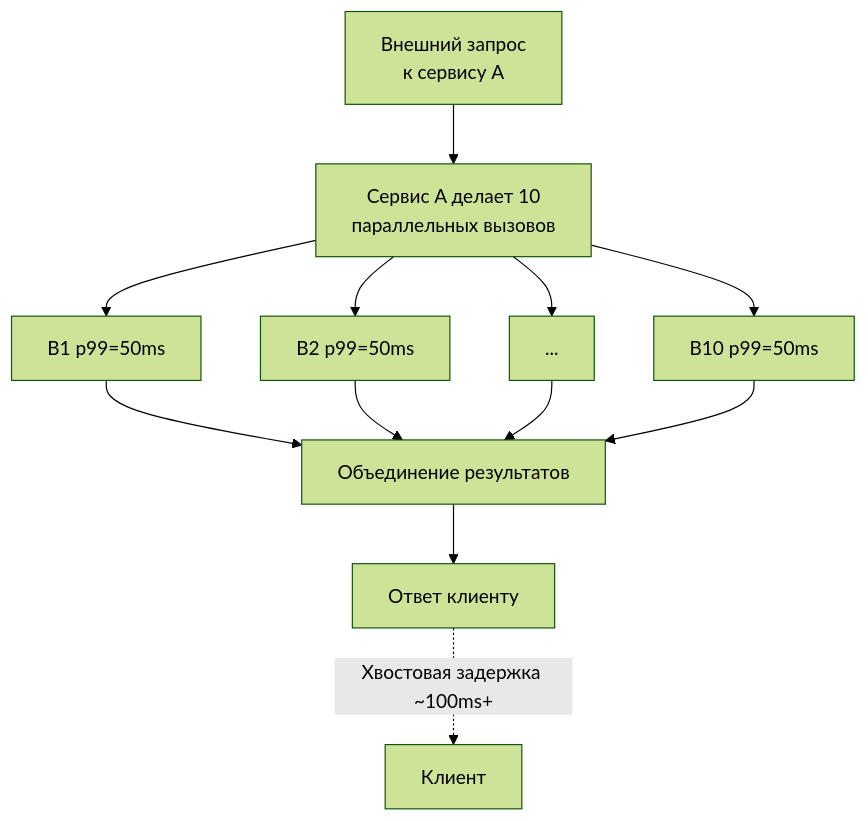
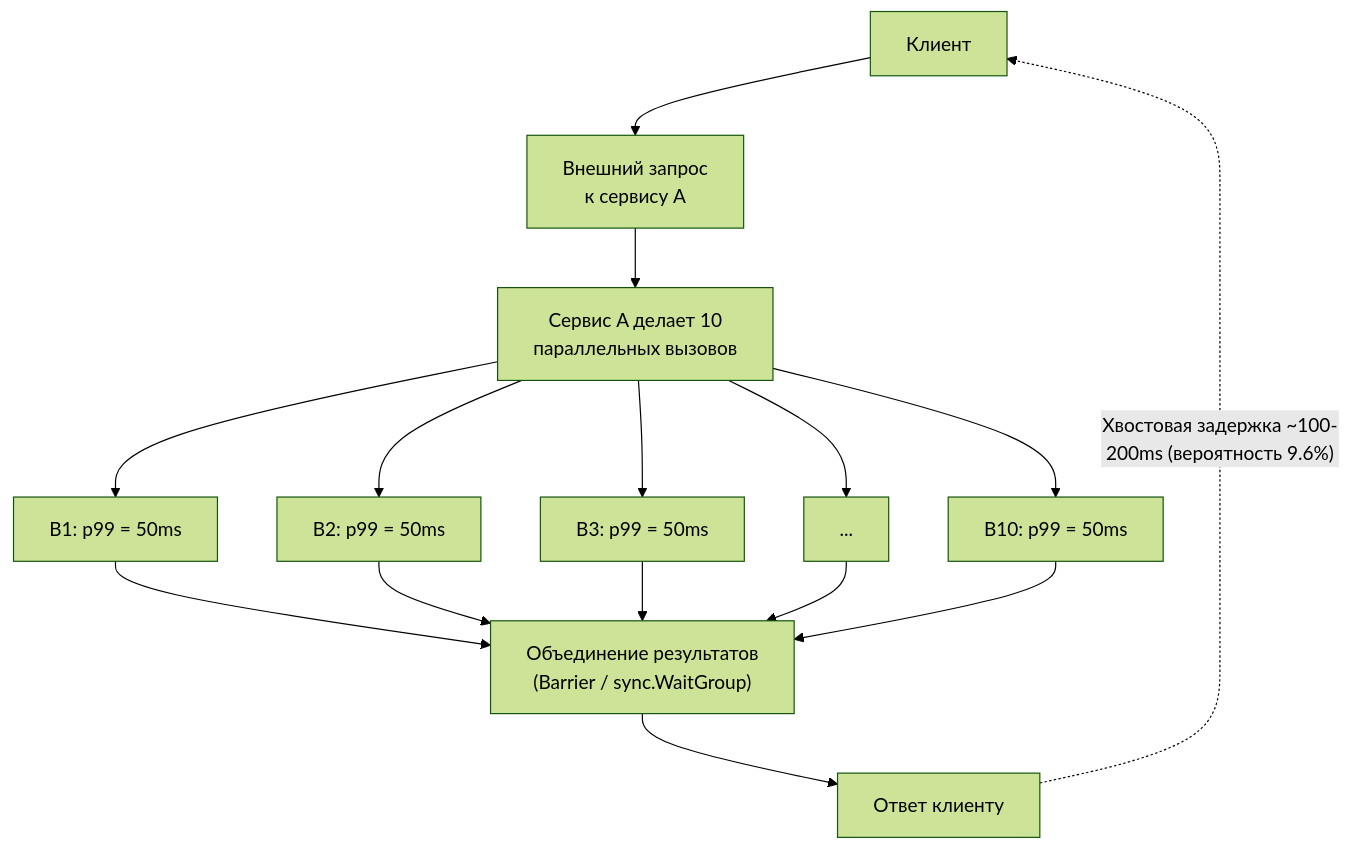
The diagram in sources/16. Профилирование, отладка и производительность/01. Фундамент/7. Tail latency и почему она важна.md (UnrealTemplier/go-textbook), drawn with Mermaid (forest theme) before and after one commit. The commit also changed other lines of this file, not shown here.

````diff
--- a/sources/16. Профилирование, отладка и производительность/01. Фундамент/7. Tail latency и почему она важна.md
+++ b/sources/16. Профилирование, отладка и производительность/01. Фундамент/7. Tail latency и почему она важна.md
@@ -18,14 +38,20 @@
 ```mermaid
 flowchart TD
-    Request["Внешний запрос<br>к сервису A"] --> FanOut["Сервис A делает 10<br>параллельных вызовов"]
-    FanOut --> B1["B1 p99=50ms"]
-    FanOut --> B2["B2 p99=50ms"]
-    FanOut --> B3["..."]
-    FanOut --> B10["B10 p99=50ms"]
-    B1 --> Merge["Объединение результатов"]
+    Client["Клиент"] --> Request["Внешний запрос<br>к сервису A"]
+    Request --> FanOut["Сервис A делает 10<br>параллельных вызовов"]
+    
+    FanOut --> B1["B1: p99 = 50ms"]
+    FanOut --> B2["B2: p99 = 50ms"]
+    FanOut --> B3["B3: p99 = 50ms"]
+    FanOut --> Bdots["..."]
+    FanOut --> B10["B10: p99 = 50ms"]
+    
+    B1 --> Merge["Объединение результатов<br>(Barrier / sync.WaitGroup)"]
     B2 --> Merge
     B3 --> Merge
+    Bdots --> Merge
     B10 --> Merge
+    
     Merge --> Response["Ответ клиенту"]
-    Response -.->|"Хвостовая задержка ~100ms+"| Client["Клиент"]
+    Response -.->|"Хвостовая задержка ~100-200ms (вероятность 9.6%)"| Client
 ```
````
